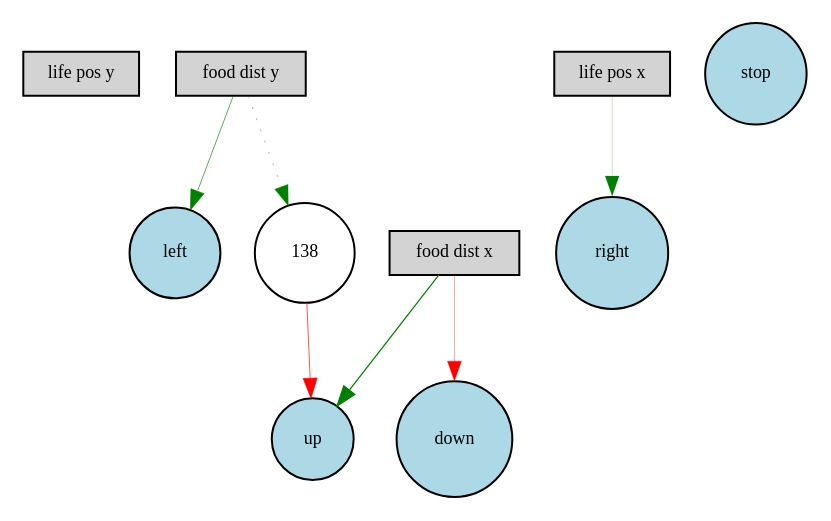
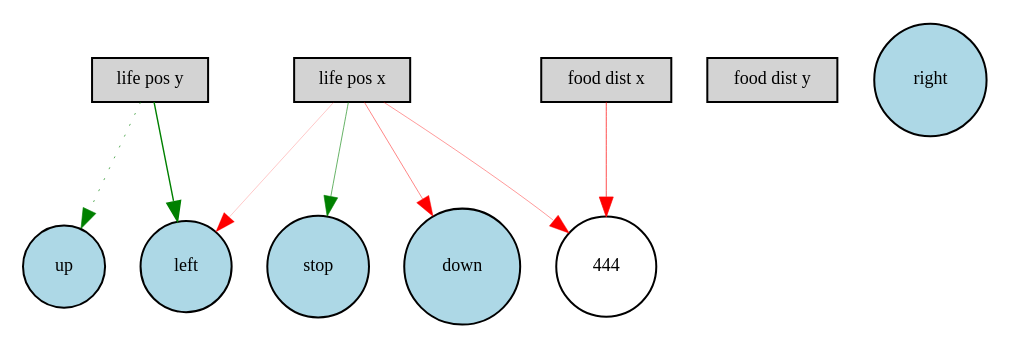
Before and after one commit to Elphiie/NEAT-practice: the diagram in Digraph.gv, drawn with Graphviz. The commit also changed 135 other files, not shown here.

```diff
--- a/Digraph.gv
+++ b/Digraph.gv
@@ -1,19 +1,20 @@
 digraph {
 	node [fontsize=9 height=0.3 shape=circle width=0.3]
 	"life pos y" [fillcolor=lightgray shape=box style=filled]
 	"food dist y" [fillcolor=lightgray shape=box style=filled]
 	"food dist x" [fillcolor=lightgray shape=box style=filled]
 	"life pos x" [fillcolor=lightgray shape=box style=filled]
 	stop [fillcolor=lightblue style=filled]
 	up [fillcolor=lightblue style=filled]
 	down [fillcolor=lightblue style=filled]
 	left [fillcolor=lightblue style=filled]
 	right [fillcolor=lightblue style=filled]
-	138 [fillcolor=white style=filled]
-	"food dist y" -> left [color=green penwidth=0.3286033314833513 style=solid]
-	"food dist x" -> up [color=green penwidth=0.6336670095804245 style=solid]
-	"food dist y" -> 138 [color=green penwidth=0.2305368337506146 style=dotted]
-	138 -> up [color=red penwidth=0.3392303803621173 style=solid]
-	"food dist x" -> down [color=red penwidth=0.17679109260218462 style=solid]
-	"life pos x" -> right [color=green penwidth=0.10674256702725347 style=solid]
+	444 [fillcolor=white style=filled]
+	"life pos y" -> left [color=green penwidth=0.7106955888673292 style=solid]
+	"life pos y" -> up [color=green penwidth=0.32167854176076993 style=dotted]
+	"life pos x" -> left [color=red penwidth=0.11027649084194048 style=solid]
+	"food dist x" -> 444 [color=red penwidth=0.3525526374208531 style=solid]
+	"life pos x" -> 444 [color=red penwidth=0.20034449580406324 style=solid]
+	"life pos x" -> down [color=red penwidth=0.2404881537177405 style=solid]
+	"life pos x" -> stop [color=green penwidth=0.30004084998233227 style=solid]
 }
```
